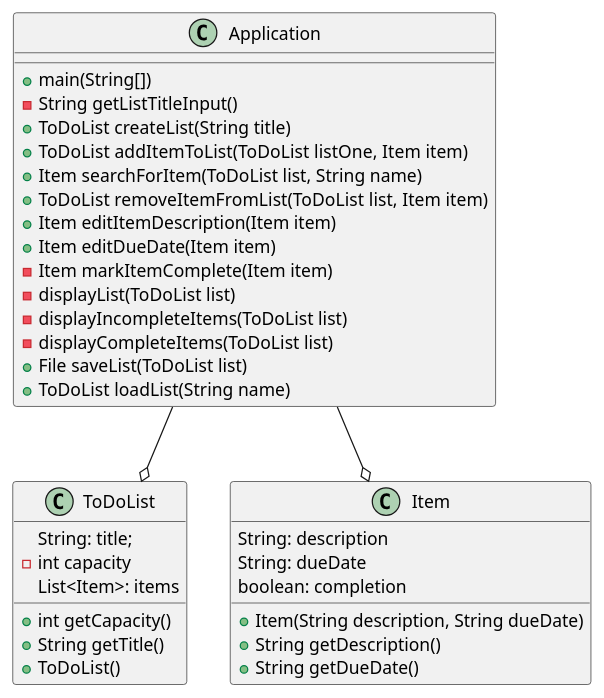
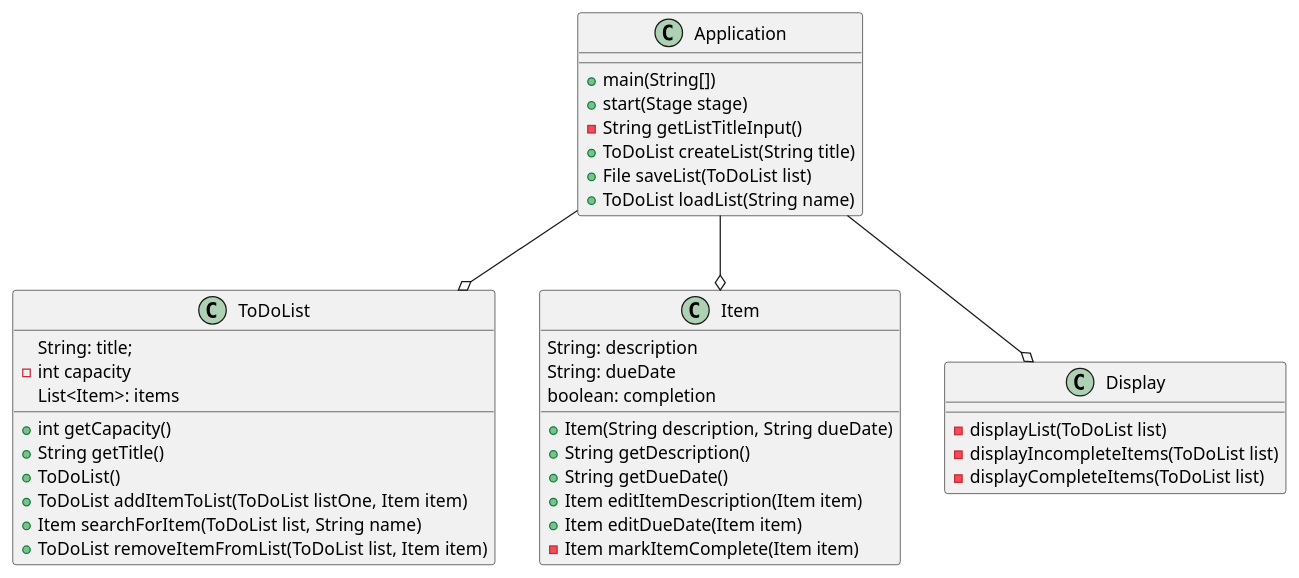
The diagram in docs/assignment05UML.puml (KatanaJohn/ashley-app1-design), drawn with PlantUML before and after one commit. The commit also changed 4 other files, not shown here.

```diff
--- a/docs/assignment05UML.puml
+++ b/docs/assignment05UML.puml
@@ -1,51 +1,56 @@
 @startuml
 'https://plantuml.com/sequence-diagram
 
 class Application
 {
     +main(String[])
+    +start(Stage stage)
     -String getListTitleInput()
     +ToDoList createList(String title)
-    +ToDoList addItemToList(ToDoList listOne, Item item)
-    +Item searchForItem(ToDoList list, String name)
-    +ToDoList removeItemFromList(ToDoList list, Item item)
-    +Item editItemDescription(Item item)
-    +Item editDueDate(Item item)
-    -Item markItemComplete(Item item)
-    -displayList(ToDoList list)
-    -displayIncompleteItems(ToDoList list)
-    -displayCompleteItems(ToDoList list)
     +File saveList(ToDoList list)
     +ToDoList loadList(String name)
-
-
 }
 
 
 class ToDoList
 {
     String: title;
     -int capacity
     List<Item>: items
     +int getCapacity()
     +String getTitle()
     +ToDoList()
+    +ToDoList addItemToList(ToDoList listOne, Item item)
+    +Item searchForItem(ToDoList list, String name)
+    +ToDoList removeItemFromList(ToDoList list, Item item)
 }
 
 class Item
 {
     String: description
     String: dueDate
     boolean: completion
     +Item(String description, String dueDate)
     +String getDescription()
     +String getDueDate()
+    +Item editItemDescription(Item item)
+    +Item editDueDate(Item item)
+    -Item markItemComplete(Item item)
+}
+
+
+class Display
+{
+    -displayList(ToDoList list)
+    -displayIncompleteItems(ToDoList list)
+    -displayCompleteItems(ToDoList list)
 }
 
 
 
 Application --o ToDoList
 Application --o Item
+Application --o Display
 
 
 @enduml
```
